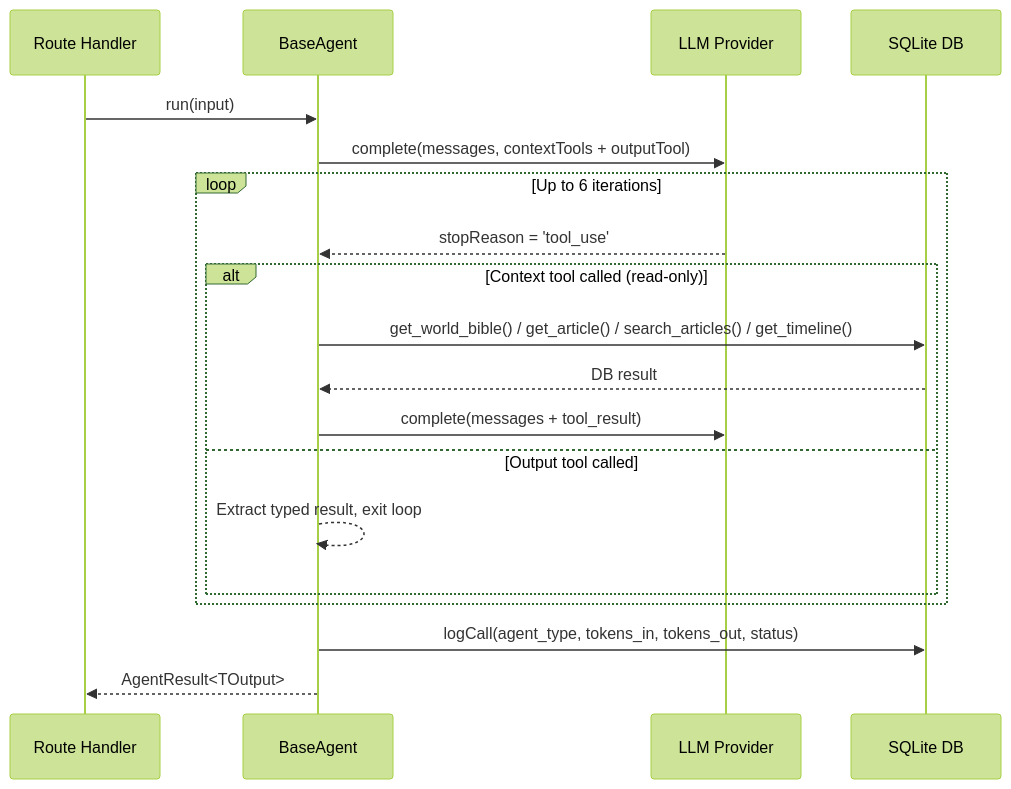
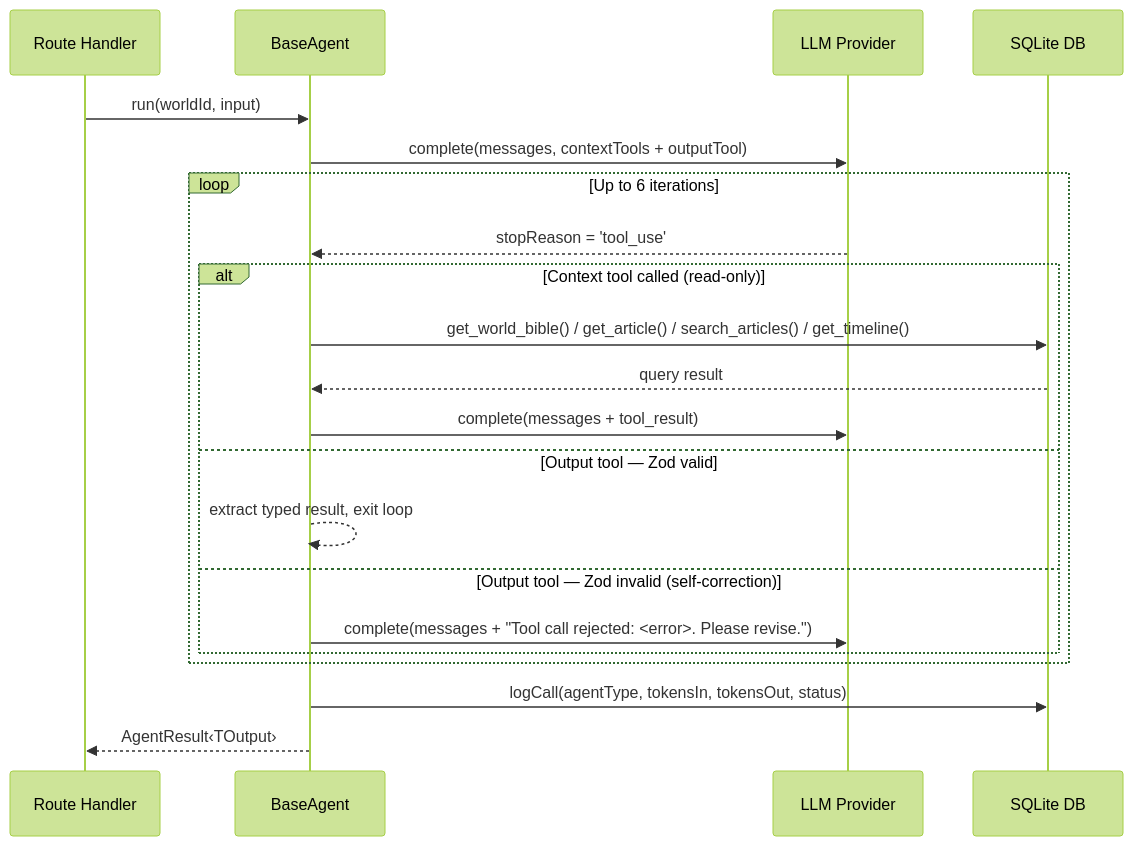
Before and after one commit to hippograndet/WorldArchitect: the fourth of 5 diagrams in README.md, drawn with Mermaid (forest theme). The commit also changed other lines of this file and 70 other files, not shown here.

````diff
--- a/README.md
+++ b/README.md
@@ -64,25 +133,27 @@
 ```mermaid
 sequenceDiagram
     participant R as Route Handler
     participant B as BaseAgent
     participant P as LLM Provider
     participant D as SQLite DB
 
-    R->>B: run(input)
+    R->>B: run(worldId, input)
     B->>P: complete(messages, contextTools + outputTool)
 
     loop Up to 6 iterations
         P-->>B: stopReason = 'tool_use'
 
         alt Context tool called (read-only)
             B->>D: get_world_bible() / get_article() / search_articles() / get_timeline()
-            D-->>B: DB result
+            D-->>B: query result
             B->>P: complete(messages + tool_result)
-        else Output tool called
-            B-->>B: Extract typed result, exit loop
+        else Output tool — Zod valid
+            B-->>B: extract typed result, exit loop
+        else Output tool — Zod invalid (self-correction)
+            B->>P: complete(messages + "Tool call rejected: <error>. Please revise.")
         end
     end
 
-    B->>D: logCall(agent_type, tokens_in, tokens_out, status)
-    B-->>R: AgentResult<TOutput>
+    B->>D: logCall(agentType, tokensIn, tokensOut, status)
+    B-->>R: AgentResult‹TOutput›
 ```
````
